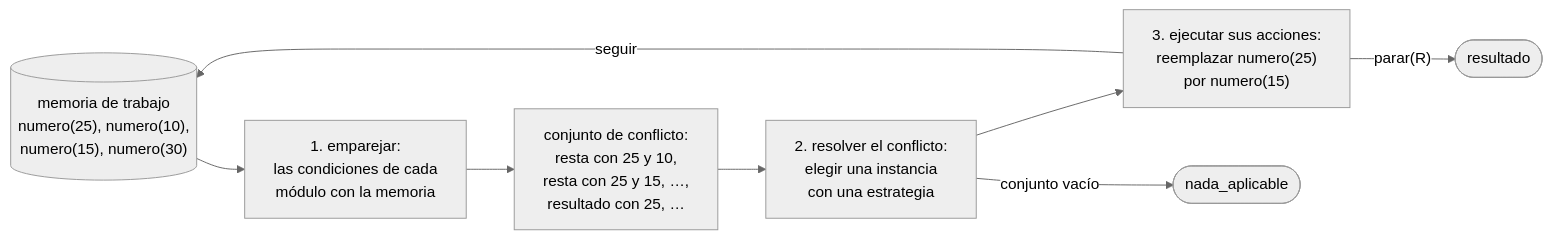
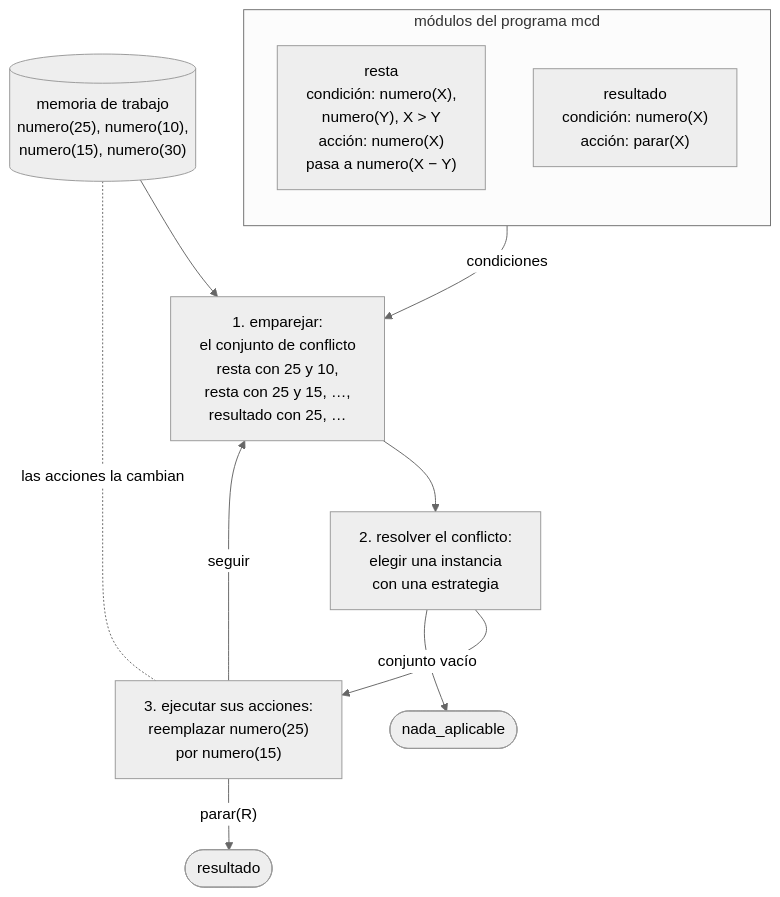
Before and after one commit to CesarBallardini/curso-de-prolog: the first of 2 diagrams in docs/capitulo-60-proyecto-interprete-dirigido-patrones/index.md, drawn with Mermaid (neutral theme). The commit also changed other lines of this file and 34 other files, not shown here.

````diff
--- a/docs/capitulo-60-proyecto-interprete-dirigido-patrones/index.md
+++ b/docs/capitulo-60-proyecto-interprete-dirigido-patrones/index.md
@@ -13,11 +13,20 @@
 ```mermaid
-flowchart LR
+flowchart TB
     M[("memoria de trabajo<br/>numero(25), numero(10),<br/>numero(15), numero(30)")]
-    M --> E["1. emparejar:<br/>las condiciones de cada<br/>módulo con la memoria"]
-    E --> C["conjunto de conflicto:<br/>resta con 25 y 10,<br/>resta con 25 y 15, …,<br/>resultado con 25, …"]
-    C --> R["2. resolver el conflicto:<br/>elegir una instancia<br/>con una estrategia"]
-    R --> X["3. ejecutar sus acciones:<br/>reemplazar numero(25)<br/>por numero(15)"]
-    X -- "seguir" --> M
+    subgraph P["módulos del programa mcd"]
+        direction TB
+        resta["resta<br/>condición: numero(X),<br/>numero(Y), X > Y<br/>acción: numero(X)<br/>pasa a numero(X − Y)"]
+        resultado["resultado<br/>condición: numero(X)<br/>acción: parar(X)"]
+    end
+    M --> E
+    P -- "condiciones" --> E
+    E["1. emparejar:<br/>el conjunto de conflicto<br/>resta con 25 y 10,<br/>resta con 25 y 15, …,<br/>resultado con 25, …"]
+    R["2. resolver el conflicto:<br/>elegir una instancia<br/>con una estrategia"]
+    X["3. ejecutar sus acciones:<br/>reemplazar numero(25)<br/>por numero(15)"]
+    E --> R
+    R --> X
+    X -- "seguir" --> E
+    M -. "las acciones la cambian" .- X
     X -- "parar(R)" --> F(["resultado"])
     R -- "conjunto vacío" --> N(["nada_aplicable"])
 ```
````
